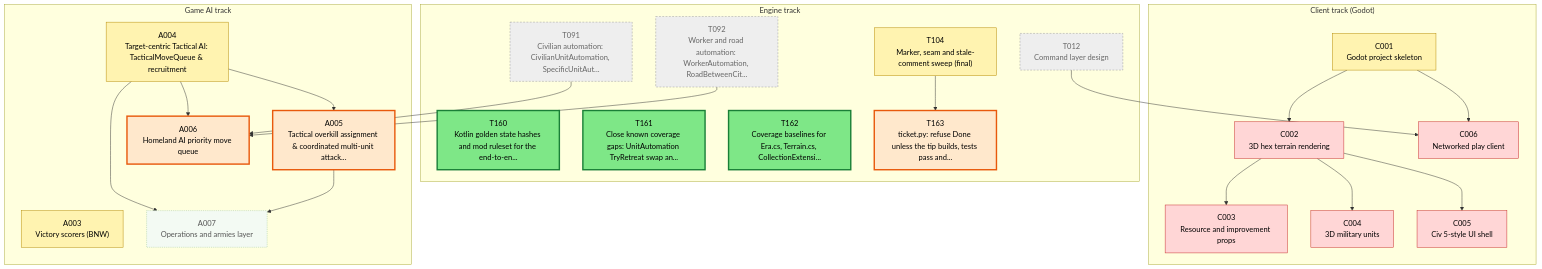
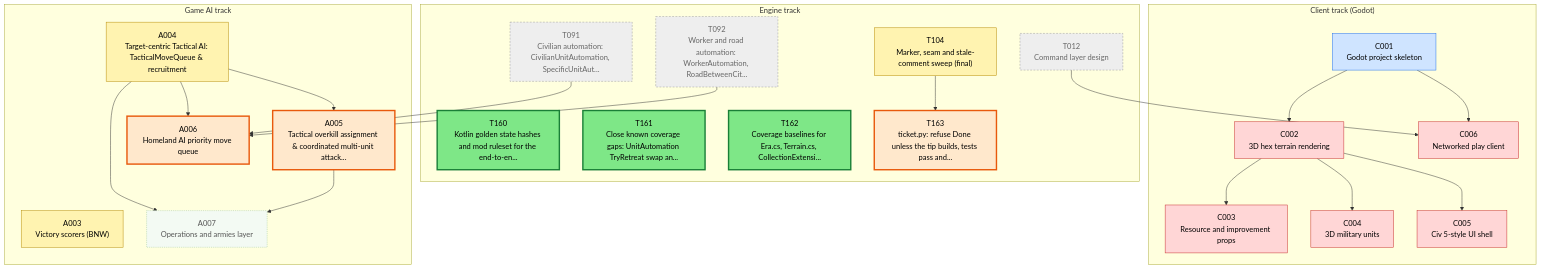
One commit to Kenmura/Unciv changed the first of 2 diagrams in csharp/migration/DEPENDENCY_MAP.md. Above: the diagram before and after it, drawn with Mermaid. The commit also changed other lines of this file and 7 other files, not shown here.

````diff
--- a/csharp/migration/DEPENDENCY_MAP.md
+++ b/csharp/migration/DEPENDENCY_MAP.md
@@ -15,67 +15,67 @@
 ```mermaid
 flowchart TD
   subgraph TTRACK["Engine track"]
     T012["T012<br/>Command layer design"]
     T091["T091<br/>Civilian automation: CivilianUnitAutomation, SpecificUnitAut..."]
     T092["T092<br/>Worker and road automation: WorkerAutomation, RoadBetweenCit..."]
     T104["T104<br/>Marker, seam and stale-comment sweep (final)"]
     T160["T160<br/>Kotlin golden state hashes and mod ruleset for the end-to-en..."]
     T161["T161<br/>Close known coverage gaps: UnitAutomation TryRetreat swap an..."]
     T162["T162<br/>Coverage baselines for Era.cs, Terrain.cs, CollectionExtensi..."]
     T163["T163<br/>ticket.py: refuse Done unless the tip builds, tests pass and..."]
   end
   subgraph CTRACK["Client track (Godot)"]
     C001["C001<br/>Godot project skeleton"]
     C002["C002<br/>3D hex terrain rendering"]
     C003["C003<br/>Resource and improvement props"]
     C004["C004<br/>3D military units"]
     C005["C005<br/>Civ 5-style UI shell"]
     C006["C006<br/>Networked play client"]
   end
   subgraph ATRACK["Game AI track"]
     A003["A003<br/>Victory scorers (BNW)"]
     A004["A004<br/>Target-centric Tactical AI: TacticalMoveQueue & recruitment"]
     A005["A005<br/>Tactical overkill assignment & coordinated multi-unit attack..."]
     A006["A006<br/>Homeland AI priority move queue"]
     A007["A007<br/>Operations and armies layer"]
   end
   T104 --> T163
   C001 --> C002
   C002 --> C003
   C002 --> C004
   C002 --> C005
   T012 --> C006
   C001 --> C006
   A004 --> A005
   A004 --> A006
   T091 --> A006
   T092 --> A006
   A004 --> A007
   A005 --> A007
   classDef waiting fill:#f3faf3,stroke:#9bc49b,color:#555,stroke-dasharray:2 2
   classDef ondeck fill:#ffe8cc,stroke:#e8590c,stroke-width:3px,color:#000
   classDef ready fill:#7ee787,stroke:#1a7f37,stroke-width:3px,color:#000
   classDef prog fill:#fff3b0,stroke:#b58900,color:#000
   classDef review fill:#cfe4ff,stroke:#1f6feb,color:#000
   classDef blocked fill:#ffd6d6,stroke:#c62828,color:#000
   classDef done fill:#eeeeee,stroke:#999999,color:#666,stroke-dasharray:4 3
   class A003 prog
   class A004 prog
   class A005 ondeck
   class A006 ondeck
   class A007 waiting
-  class C001 prog
+  class C001 review
   class C002 blocked
   class C003 blocked
   class C004 blocked
   class C005 blocked
   class C006 blocked
   class T012 done
   class T091 done
   class T092 done
   class T104 prog
   class T160 ready
   class T161 ready
   class T162 ready
   class T163 ondeck
 ```
````
